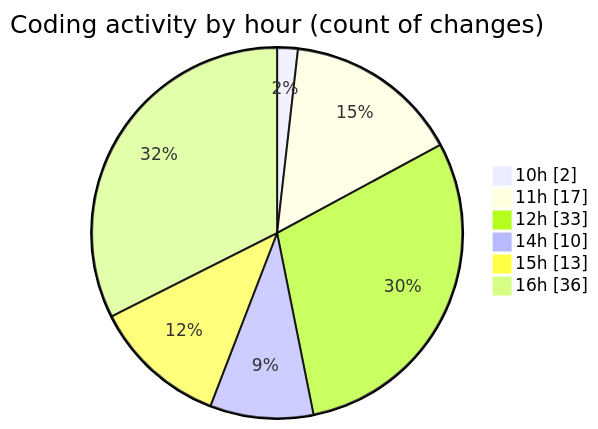
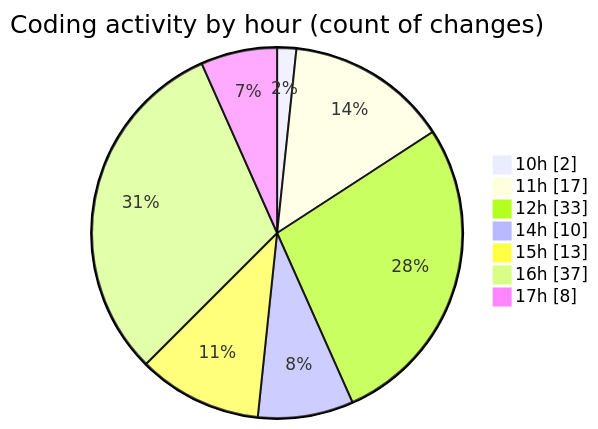
Before and after one commit to nxtqubesakshisongat/code-tracking: the second of 2 diagrams in 2025-05-14/argos-dev/README.md, drawn with Mermaid. The commit also changed other lines of this file and 1 other file, not shown here.

````diff
--- a/2025-05-14/argos-dev/README.md
+++ b/2025-05-14/argos-dev/README.md
@@ -35,10 +35,11 @@
 ```mermaid
 pie showData
 title Coding activity by hour (count of changes)
 "10h" : 2
 "11h" : 17
 "12h" : 33
 "14h" : 10
 "15h" : 13
-"16h" : 36
+"16h" : 37
+"17h" : 8
 ```
````
